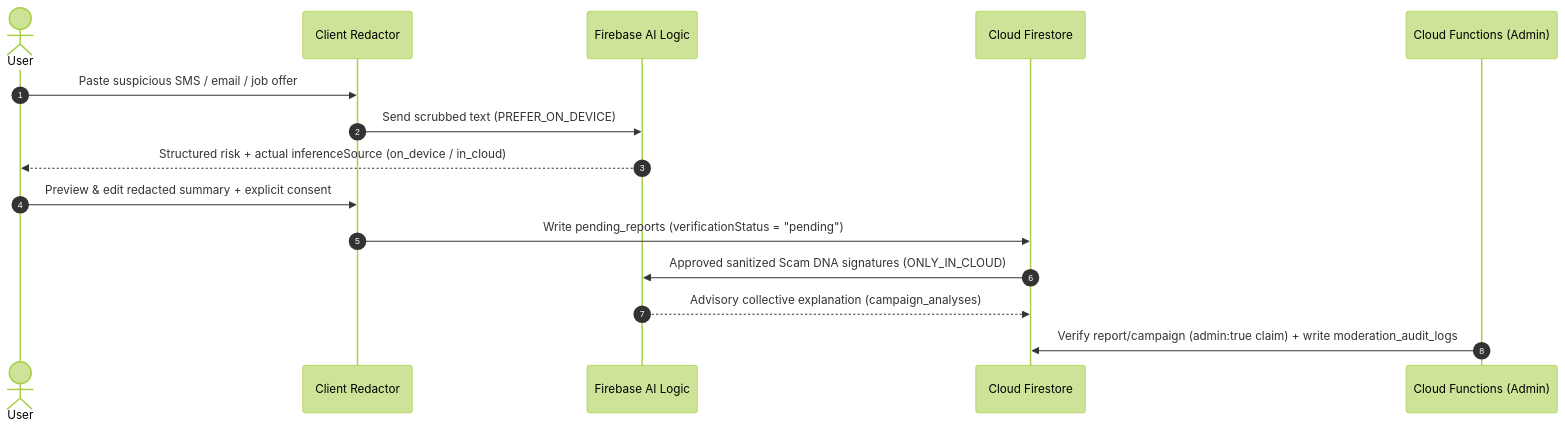
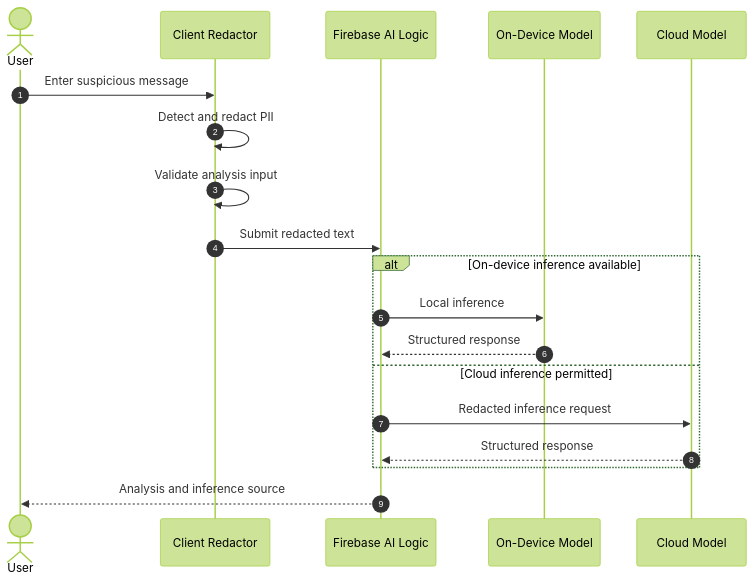
Before and after one commit to Next-Gen-Coder-2007/Scam-Signal: the second of 4 diagrams in README.md, drawn with Mermaid (forest theme). The commit also changed other lines of this file, not shown here.

````diff
--- a/README.md
+++ b/README.md
@@ -48,18 +359,27 @@
 ```mermaid
 sequenceDiagram
-  autonumber
-  actor U as User
-  participant R as Client Redactor
-  participant AI as Firebase AI Logic
-  participant DB as Cloud Firestore
-  participant CF as Cloud Functions (Admin)
+    autonumber
 
-  U->>R: Paste suspicious SMS / email / job offer
-  R->>AI: Send scrubbed text (PREFER_ON_DEVICE)
-  AI-->>U: Structured risk + actual inferenceSource (on_device / in_cloud)
-  U->>R: Preview & edit redacted summary + explicit consent
-  R->>DB: Write pending_reports (verificationStatus = "pending")
-  DB->>AI: Approved sanitized Scam DNA signatures (ONLY_IN_CLOUD)
-  AI-->>DB: Advisory collective explanation (campaign_analyses)
-  CF->>DB: Verify report/campaign (admin:true claim) + write moderation_audit_logs
+    actor U as User
+    participant R as Client Redactor
+    participant AI as Firebase AI Logic
+    participant L as On-Device Model
+    participant C as Cloud Model
+
+    U->>R: Enter suspicious message
+
+    R->>R: Detect and redact PII
+    R->>R: Validate analysis input
+
+    R->>AI: Submit redacted text
+
+    alt On-device inference available
+        AI->>L: Local inference
+        L-->>AI: Structured response
+    else Cloud inference permitted
+        AI->>C: Redacted inference request
+        C-->>AI: Structured response
+    end
+
+    AI-->>U: Analysis and inference source
 ```
````
